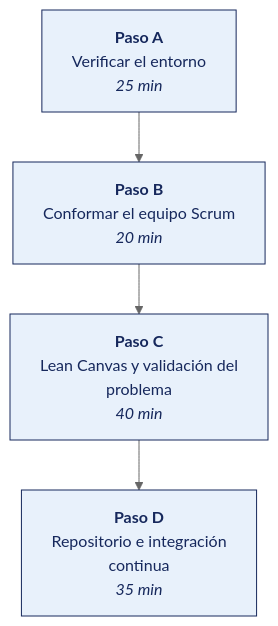
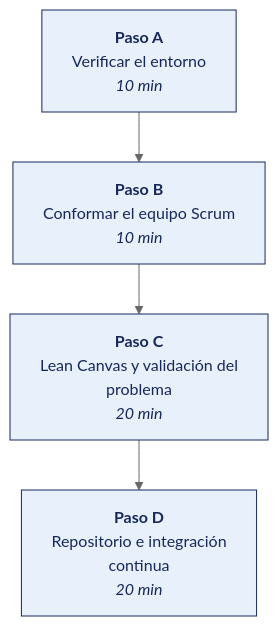
The diagram in SEMANA-01/3-TALLER.md (OscarJimenezFlores/MOVILES_II), drawn with Mermaid (neutral theme) before and after one commit. The commit also changed other lines of this file and 45 other files, not shown here.

````diff
--- a/SEMANA-01/3-TALLER.md
+++ b/SEMANA-01/3-TALLER.md
@@ -11,10 +13,10 @@
 ```mermaid
 flowchart TD
-    PA["<b>Paso A</b><br/>Verificar el entorno<br/><i>25 min</i>"]
-    PB["<b>Paso B</b><br/>Conformar el equipo Scrum<br/><i>20 min</i>"]
-    PC["<b>Paso C</b><br/>Lean Canvas y validación del<br/>problema<br/><i>40 min</i>"]
-    PD["<b>Paso D</b><br/>Repositorio e integración<br/>continua<br/><i>35 min</i>"]
+    PA["<b>Paso A</b><br/>Verificar el entorno<br/><i>10 min</i>"]
+    PB["<b>Paso B</b><br/>Conformar el equipo Scrum<br/><i>10 min</i>"]
+    PC["<b>Paso C</b><br/>Lean Canvas y validación del<br/>problema<br/><i>20 min</i>"]
+    PD["<b>Paso D</b><br/>Repositorio e integración<br/>continua<br/><i>20 min</i>"]
     PA --> PB --> PC --> PD
     classDef paso fill:#E8F1FB,stroke:#16285C,stroke-width:1px,color:#16285C;
     class PA,PB,PC,PD paso;
 ```
````
